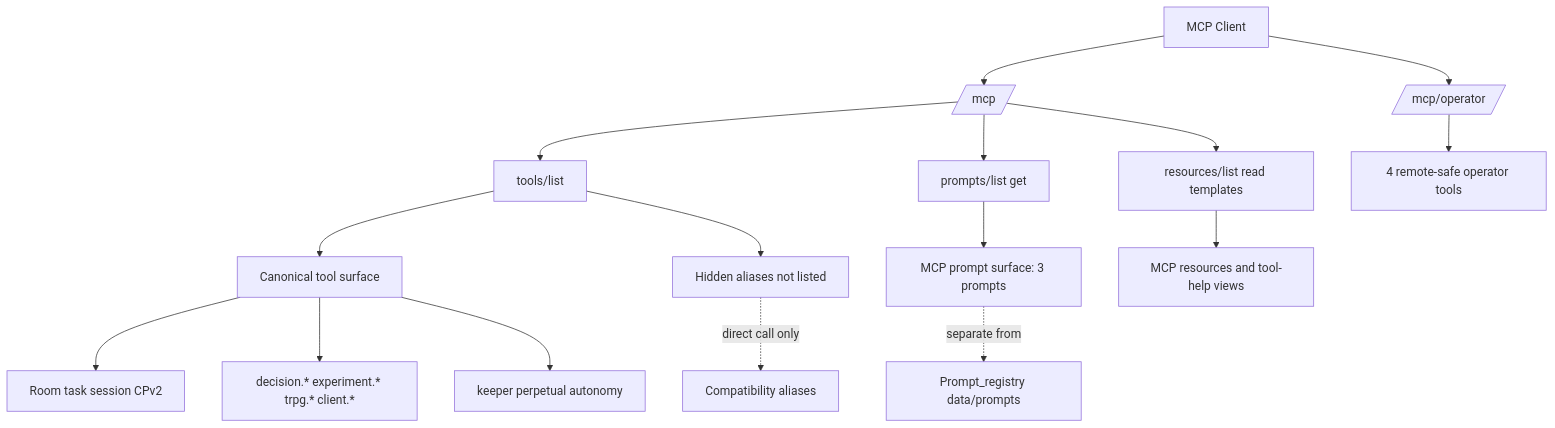
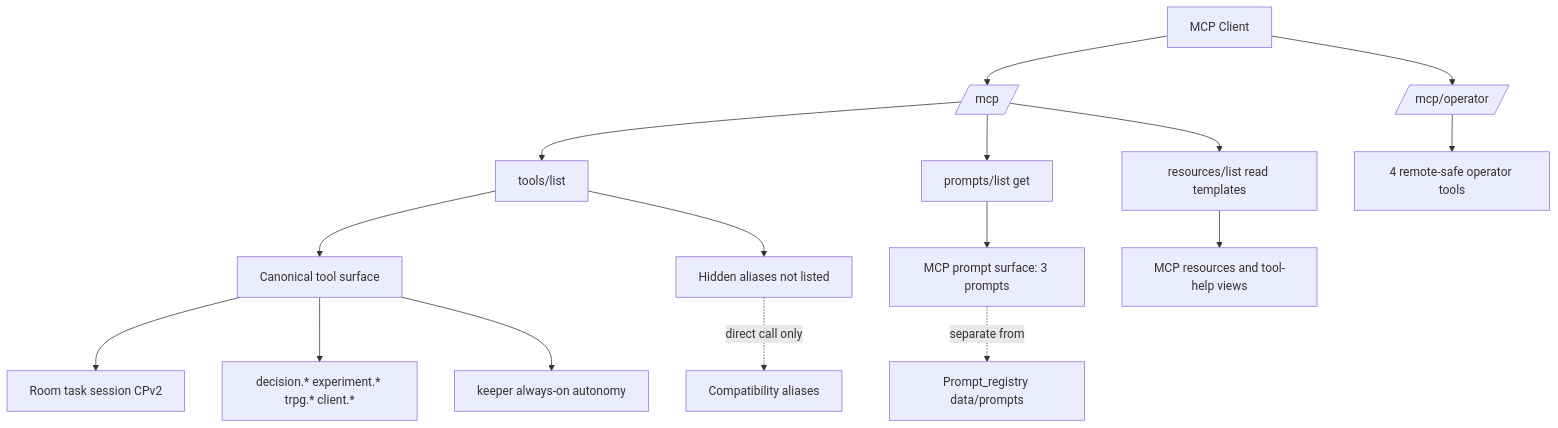
One commit to jeong-sik/masc changed the first of 5 diagrams in docs/MCP-SURFACE-AUDIT.md. Above: the diagram before and after it, drawn with Mermaid. The commit also changed 34 other files, not shown here.

Commit message:
rename perpetual surfaces to keeper runtime

````diff
--- a/docs/MCP-SURFACE-AUDIT.md
+++ b/docs/MCP-SURFACE-AUDIT.md
@@ -54,24 +54,24 @@
 ```mermaid
 flowchart TD
   Client[MCP Client] --> MCP[/mcp/]
   Client --> Operator[/mcp/operator/]
 
   MCP --> TL[tools/list]
   MCP --> PL[prompts/list get]
   MCP --> RL[resources/list read templates]
 
   TL --> Canon[Canonical tool surface]
   TL --> Hidden[Hidden aliases not listed]
 
   Canon --> Core[Room task session CPv2]
   Canon --> GameView[decision.* experiment.* trpg.* client.*]
-  Canon --> Ecosystem[keeper perpetual autonomy]
+  Canon --> Ecosystem[keeper always-on autonomy]
 
   PL --> PromptSurface[MCP prompt surface: 3 prompts]
   RL --> ResourceSurface[MCP resources and tool-help views]
 
   Operator --> Remote4[4 remote-safe operator tools]
 
   Hidden -. direct call only .-> Compat[Compatibility aliases]
   PromptSurface -. separate from .-> InternalPrompts[Prompt_registry data/prompts]
 ```
````
